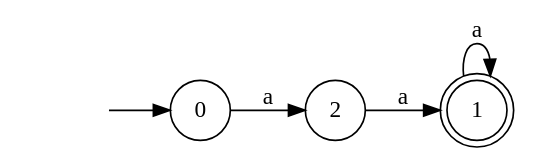
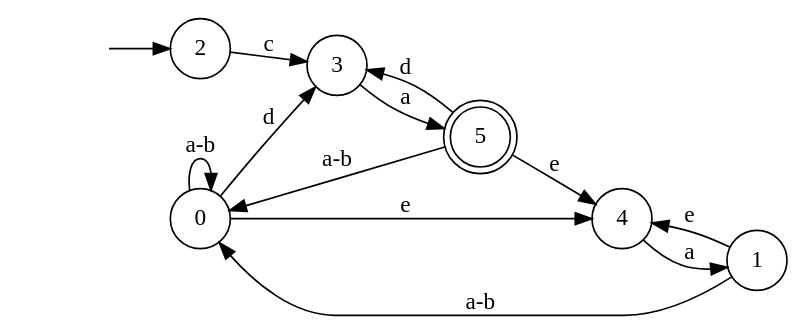
One commit to Faymiaouent/Automa4U changed the diagram in dotfiles/DFA5.dot. Above: the diagram before and after it, drawn with Graphviz. The commit also changed 44 other files, not shown here.

```diff
--- a/dotfiles/DFA5.dot
+++ b/dotfiles/DFA5.dot
@@ -1,11 +1,22 @@
 digraph Automaton {
   rankdir = LR;
 node [shape=circle];
+  0 -> 3 [label="d"];
+  0 -> 0 [label="a-b"];
+  0 -> 4 [label="e"];
+node [shape=circle];
+  1 -> 0 [label="a-b"];
+  1 -> 4 [label="e"];
+node [shape=circle];
   initial [shape=plaintext,label=""];
-  initial -> 0
-  0 -> 2 [label="a"];
-1 [shape=doublecircle]; 
-  1 -> 1 [label="a"];
+  initial -> 2
+  2 -> 3 [label="c"];
 node [shape=circle];
-  2 -> 1 [label="a"];
+  3 -> 5 [label="a"];
+node [shape=circle];
+  4 -> 1 [label="a"];
+5 [shape=doublecircle]; 
+  5 -> 3 [label="d"];
+  5 -> 0 [label="a-b"];
+  5 -> 4 [label="e"];
 }
```
